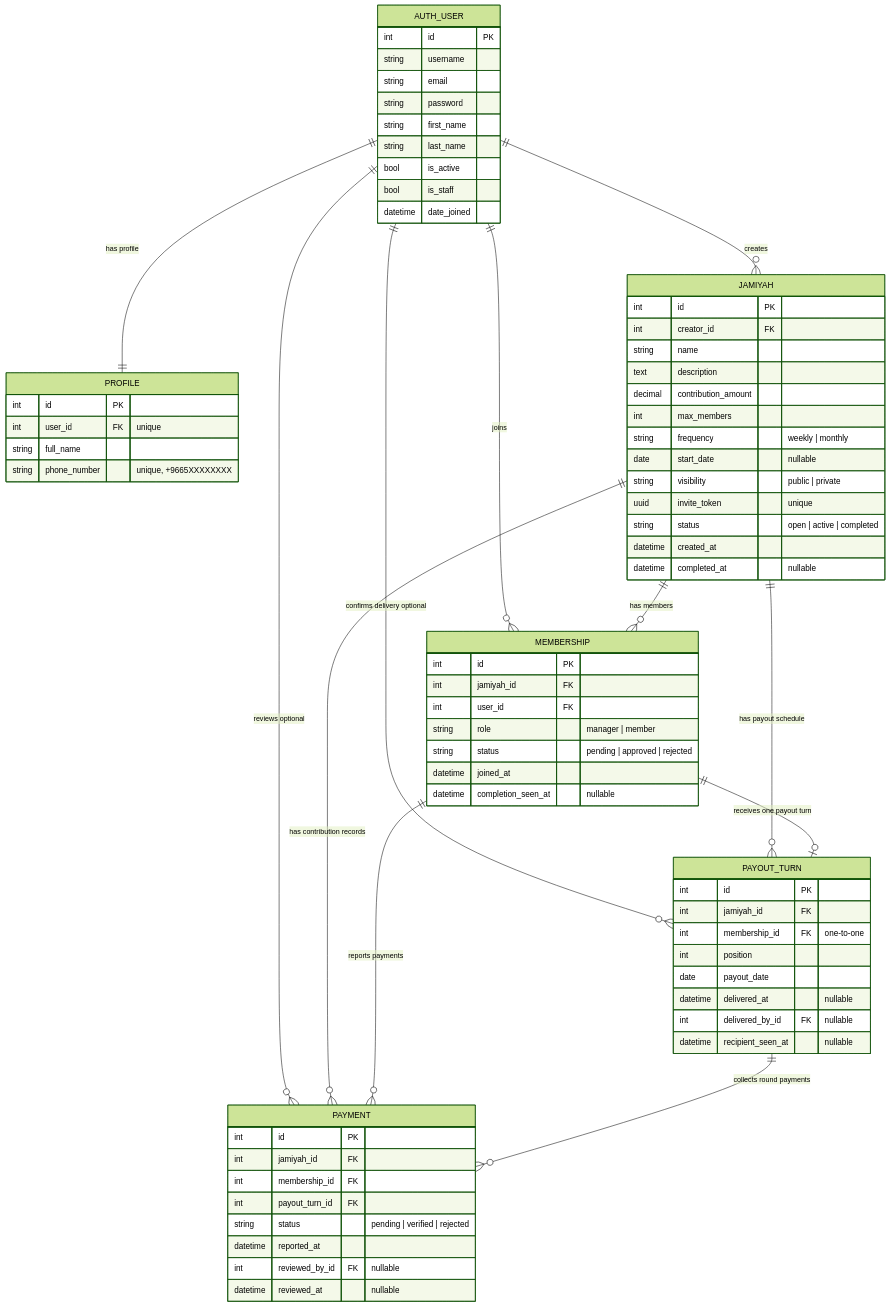
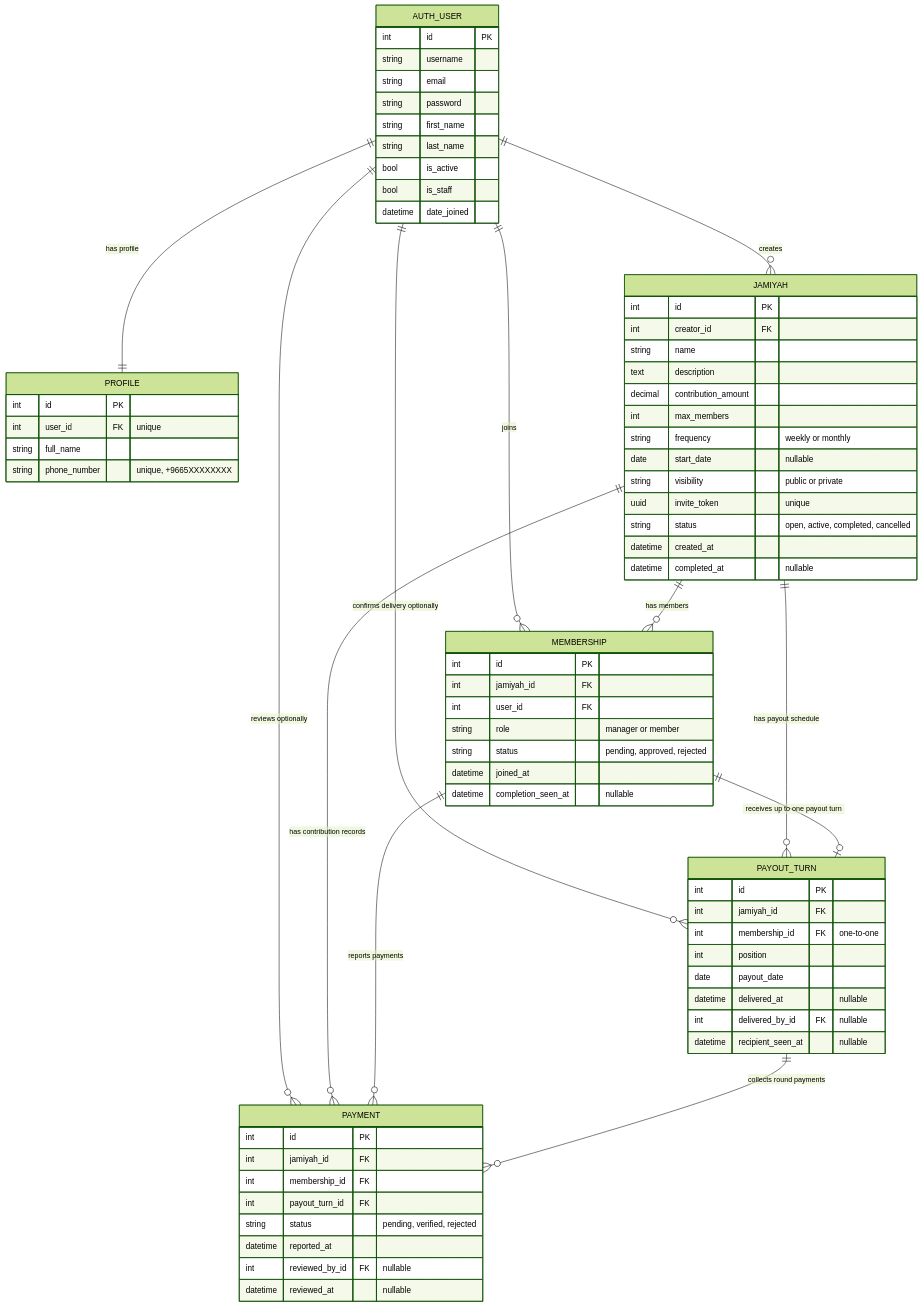
The diagram in docs/ERD.md (AreegThallab/AreegCapstoneProject), drawn with Mermaid (forest theme) before and after one commit. The commit also changed other lines of this file and 31 other files, not shown here.

````diff
--- a/docs/ERD.md
+++ b/docs/ERD.md
@@ -30,11 +39,11 @@
         text description
         decimal contribution_amount
         int max_members
-        string frequency "weekly | monthly"
+        string frequency "weekly or monthly"
         date start_date "nullable"
-        string visibility "public | private"
+        string visibility "public or private"
         uuid invite_token "unique"
-        string status "open | active | completed"
+        string status "open, active, completed, cancelled"
         datetime created_at
         datetime completed_at "nullable"
     }
@@ -43,8 +52,8 @@
         int id PK
         int jamiyah_id FK
         int user_id FK
-        string role "manager | member"
-        string status "pending | approved | rejected"
+        string role "manager or member"
+        string status "pending, approved, rejected"
         datetime joined_at
         datetime completion_seen_at "nullable"
     }
@@ -65,7 +74,7 @@
         int jamiyah_id FK
         int membership_id FK
         int payout_turn_id FK
-        string status "pending | verified | rejected"
+        string status "pending, verified, rejected"
         datetime reported_at
         int reviewed_by_id FK "nullable"
         datetime reviewed_at "nullable"
@@ -74,14 +83,14 @@
     AUTH_USER ||--|| PROFILE : "has profile"
     AUTH_USER ||--o{ JAMIYAH : "creates"
     AUTH_USER ||--o{ MEMBERSHIP : "joins"
-    AUTH_USER ||--o{ PAYMENT : "reviews optional"
-    AUTH_USER ||--o{ PAYOUT_TURN : "confirms delivery optional"
+    AUTH_USER ||--o{ PAYMENT : "reviews optionally"
+    AUTH_USER ||--o{ PAYOUT_TURN : "confirms delivery optionally"
 
     JAMIYAH ||--o{ MEMBERSHIP : "has members"
     JAMIYAH ||--o{ PAYOUT_TURN : "has payout schedule"
     JAMIYAH ||--o{ PAYMENT : "has contribution records"
 
-    MEMBERSHIP ||--o| PAYOUT_TURN : "receives one payout turn"
+    MEMBERSHIP ||--o| PAYOUT_TURN : "receives up to one payout turn"
     MEMBERSHIP ||--o{ PAYMENT : "reports payments"
     PAYOUT_TURN ||--o{ PAYMENT : "collects round payments"
 ```
````
